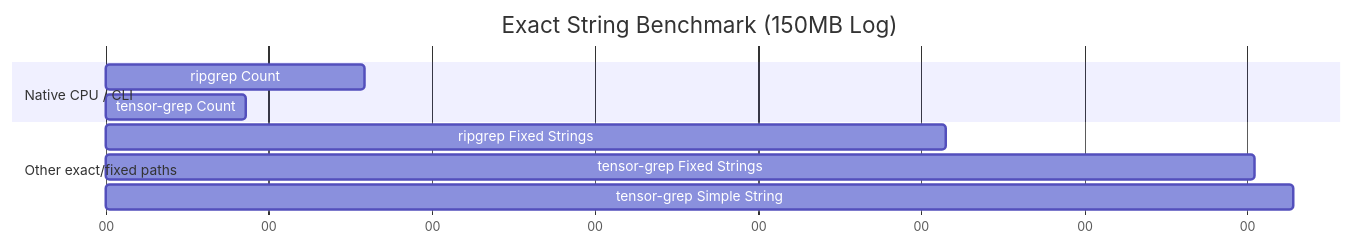
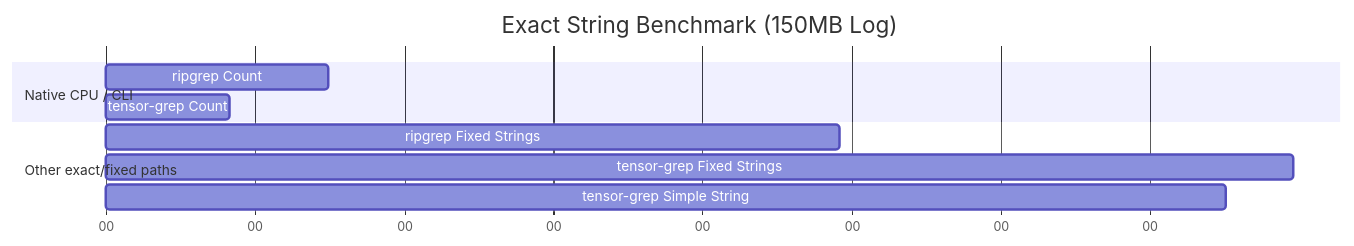
One commit to oimiragieo/tensor-grep changed the third of 3 diagrams in docs/PAPER.md. Above: the diagram before and after it, drawn with Mermaid. The commit also changed other lines of this file and 1 other file, not shown here.

````diff
--- a/docs/PAPER.md
+++ b/docs/PAPER.md
@@ -127,15 +127,15 @@
 ```mermaid
 gantt
     title Exact String Benchmark (150MB Log)
     dateFormat  s
     axisFormat %S
     
     section Native CPU / CLI
-    ripgrep Count              :a1, 0, 0.159s
-    tensor-grep Count          :a2, 0, 0.086s
+    ripgrep Count              :a1, 0, 0.149s
+    tensor-grep Count          :a2, 0, 0.083s
     
     section Other exact/fixed paths
-    ripgrep Fixed Strings      :a3, 0, 0.515s
-    tensor-grep Fixed Strings  :a4, 0, 0.704s
-    tensor-grep Simple String  :a5, 0, 0.728s
+    ripgrep Fixed Strings      :a3, 0, 0.492s
+    tensor-grep Fixed Strings  :a4, 0, 0.796s
+    tensor-grep Simple String  :a5, 0, 0.751s
 ```
````
